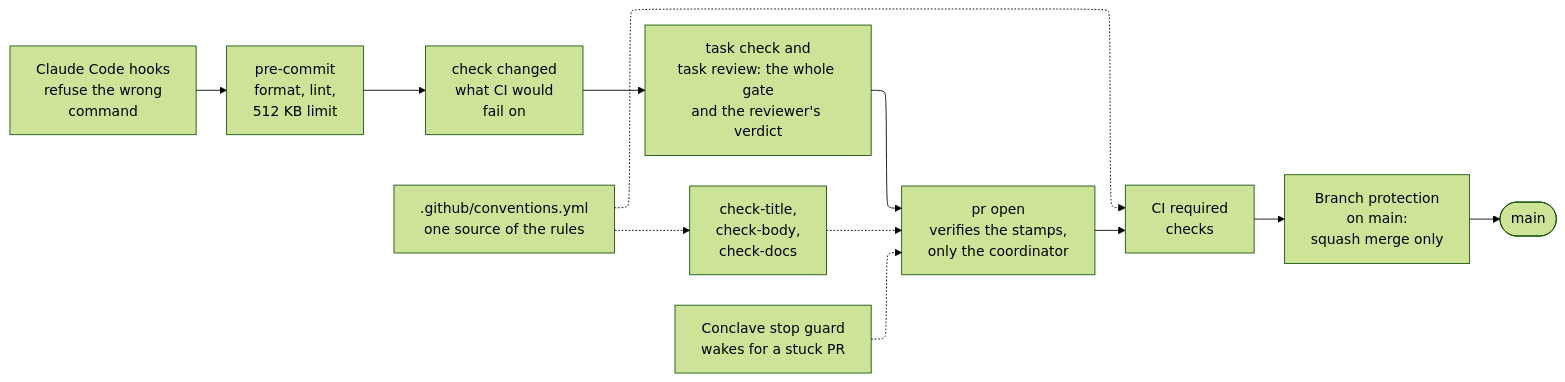
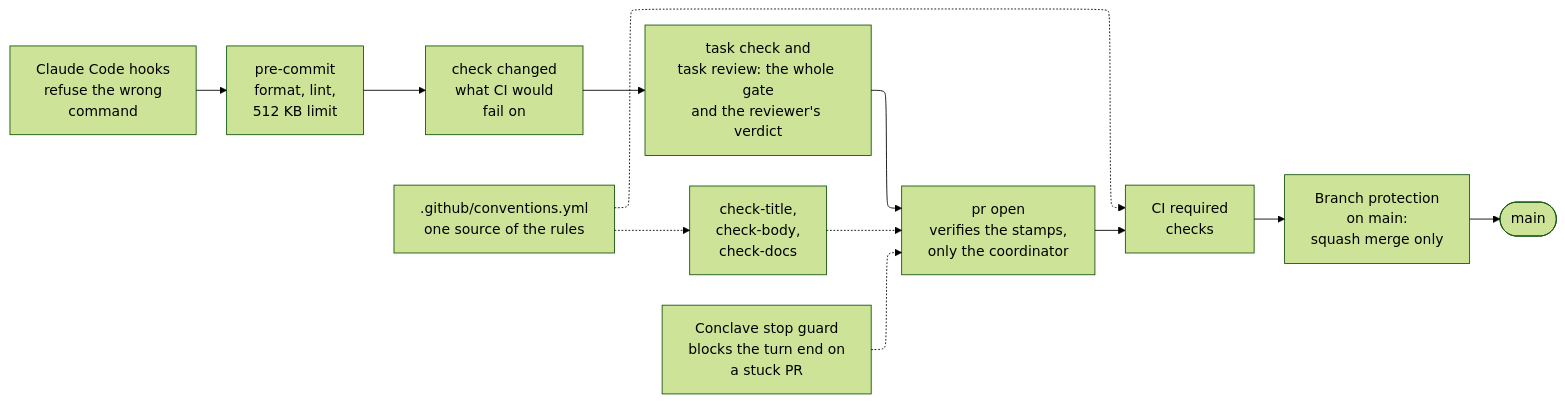
The third of 3 diagrams in docs/guides/how-we-work.md (Ryubara/coney), drawn with Mermaid (forest theme) before and after one commit. The commit also changed 21 other files, not shown here.

````diff
--- a/docs/guides/how-we-work.md
+++ b/docs/guides/how-we-work.md
@@ -558,18 +558,18 @@
 ```mermaid
 ---
 config:
   layout: elk
 ---
 flowchart LR
   hooks["Claude Code hooks<br/>refuse the wrong<br/>command"] --> pre["pre-commit<br/>format, lint,<br/>512 KB limit"]
   pre --> gate["check changed<br/>what CI would<br/>fail on"]
   gate --> stamp["task check and<br/>task review: the whole gate<br/>and the reviewer's verdict"]
   stamp --> push["pr open<br/>verifies the stamps,<br/>only the coordinator"]
   push --> ci["CI required<br/>checks"]
   ci --> rules["Branch protection<br/>on main:<br/>squash merge only"]
   rules --> main(["main"])
   text["check-title,<br/>check-body,<br/>check-docs"] -.-> push
-  tether["Conclave stop guard<br/>wakes for a stuck PR"] -.-> push
+  tether["Conclave stop guard<br/>blocks the turn end on<br/>a stuck PR"] -.-> push
   conv[".github/conventions.yml<br/>one source of the rules"] -.-> text
   conv -.-> ci
 ```
````
